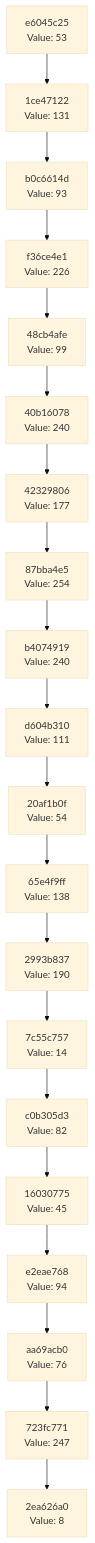
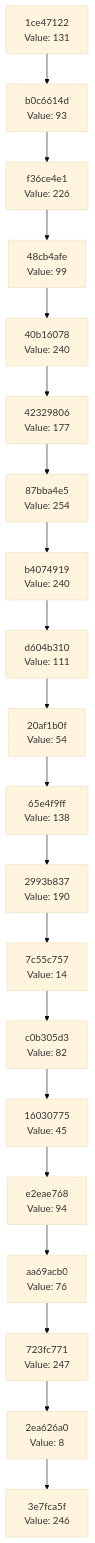
Before and after one commit to Abhisheksinha1506/hash-chain-evolver: the diagram in docs/CHAIN_VISUALIZATION.md, drawn with Mermaid (base theme). The commit also changed 2 other files, not shown here.

Commit message:
Evolution step: hash 0xF6 → action executed

````diff
--- a/docs/CHAIN_VISUALIZATION.md
+++ b/docs/CHAIN_VISUALIZATION.md
@@ -3,42 +3,42 @@
 ```mermaid
 graph TD
-    C0["2ea626a0<br/>Value: 8"]
-    C1["723fc771<br/>Value: 247"]
+    C0["3e7fca5f<br/>Value: 246"]
+    C1["2ea626a0<br/>Value: 8"]
     C1 --> C0
-    C2["aa69acb0<br/>Value: 76"]
+    C2["723fc771<br/>Value: 247"]
     C2 --> C1
-    C3["e2eae768<br/>Value: 94"]
+    C3["aa69acb0<br/>Value: 76"]
     C3 --> C2
-    C4["16030775<br/>Value: 45"]
+    C4["e2eae768<br/>Value: 94"]
     C4 --> C3
-    C5["c0b305d3<br/>Value: 82"]
+    C5["16030775<br/>Value: 45"]
     C5 --> C4
-    C6["7c55c757<br/>Value: 14"]
+    C6["c0b305d3<br/>Value: 82"]
     C6 --> C5
-    C7["2993b837<br/>Value: 190"]
+    C7["7c55c757<br/>Value: 14"]
     C7 --> C6
-    C8["65e4f9ff<br/>Value: 138"]
+    C8["2993b837<br/>Value: 190"]
     C8 --> C7
-    C9["20af1b0f<br/>Value: 54"]
+    C9["65e4f9ff<br/>Value: 138"]
     C9 --> C8
-    C10["d604b310<br/>Value: 111"]
+    C10["20af1b0f<br/>Value: 54"]
     C10 --> C9
-    C11["b4074919<br/>Value: 240"]
+    C11["d604b310<br/>Value: 111"]
     C11 --> C10
-    C12["87bba4e5<br/>Value: 254"]
+    C12["b4074919<br/>Value: 240"]
     C12 --> C11
-    C13["42329806<br/>Value: 177"]
+    C13["87bba4e5<br/>Value: 254"]
     C13 --> C12
-    C14["40b16078<br/>Value: 240"]
+    C14["42329806<br/>Value: 177"]
     C14 --> C13
-    C15["48cb4afe<br/>Value: 99"]
+    C15["40b16078<br/>Value: 240"]
     C15 --> C14
-    C16["f36ce4e1<br/>Value: 226"]
+    C16["48cb4afe<br/>Value: 99"]
     C16 --> C15
-    C17["b0c6614d<br/>Value: 93"]
+    C17["f36ce4e1<br/>Value: 226"]
     C17 --> C16
-    C18["1ce47122<br/>Value: 131"]
+    C18["b0c6614d<br/>Value: 93"]
     C18 --> C17
-    C19["e6045c25<br/>Value: 53"]
+    C19["1ce47122<br/>Value: 131"]
     C19 --> C18
 ```
````
